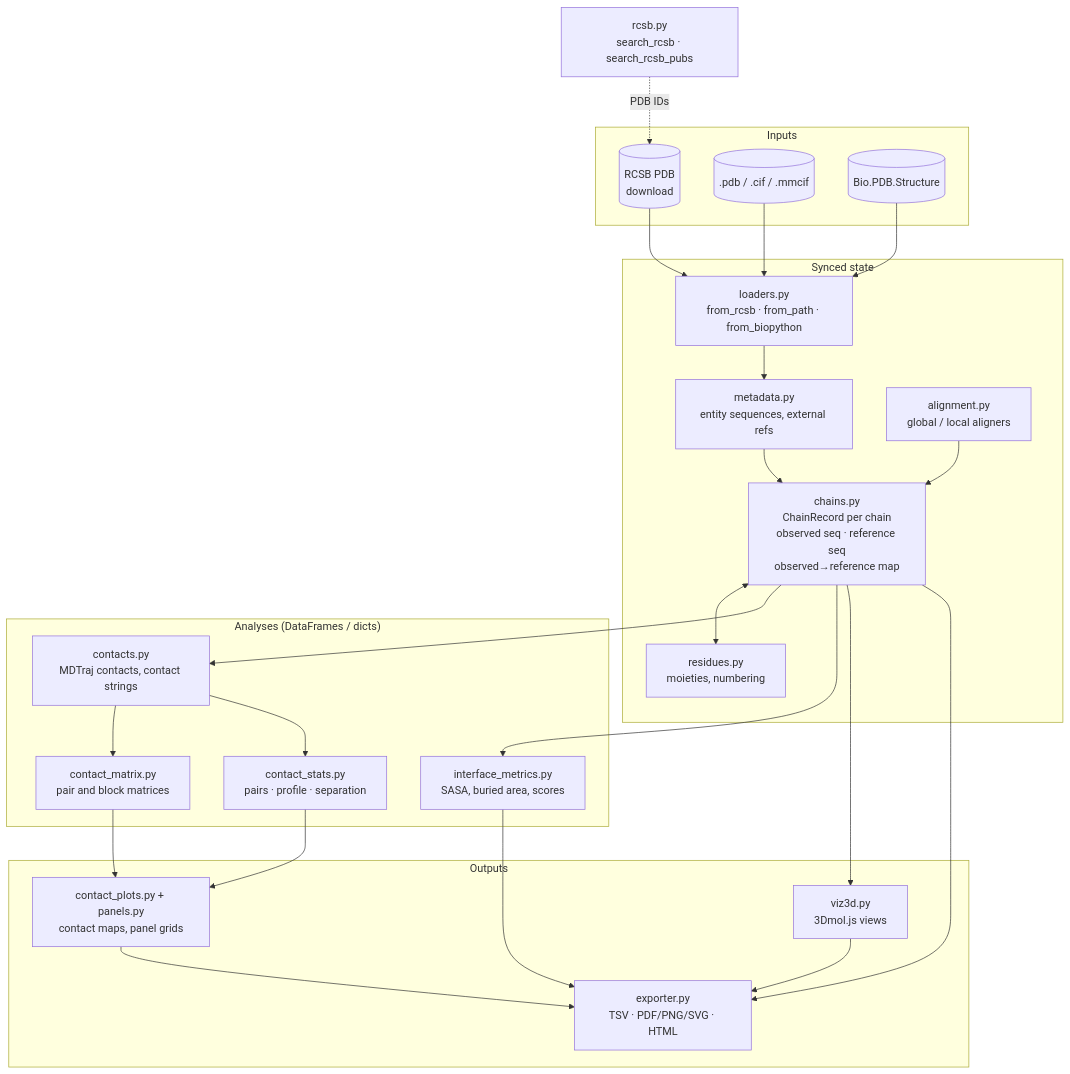
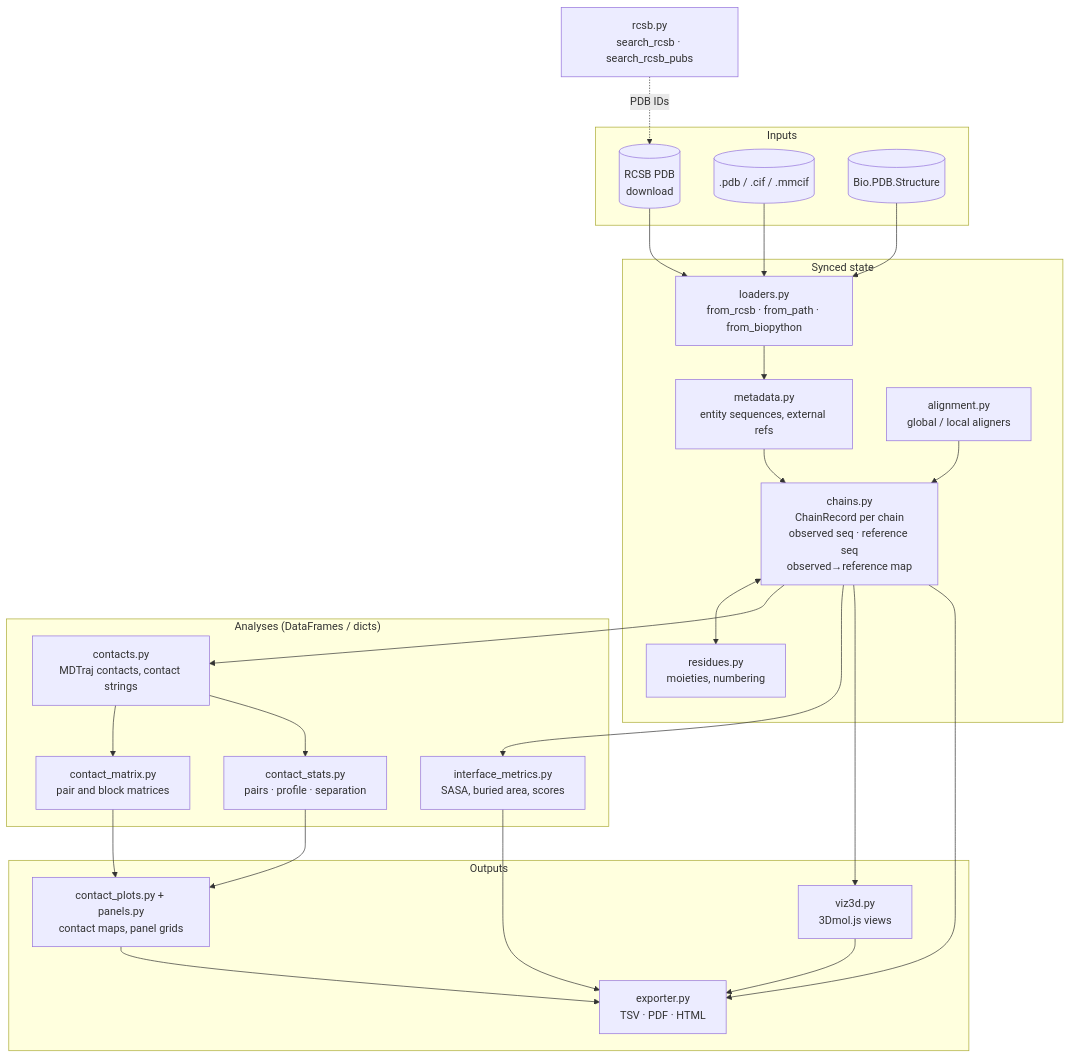
The diagram in README.md (ssenci97/bio-utils-2), drawn with Mermaid before and after one commit. The commit also changed other lines of this file and 8 other files, not shown here.

````diff
--- a/README.md
+++ b/README.md
@@ -32,49 +32,49 @@
 ```mermaid
 flowchart TB
     subgraph sources["Inputs"]
         RCSB[("RCSB PDB<br/>download")]
         FILE[(".pdb / .cif / .mmcif")]
         BIO[("Bio.PDB.Structure")]
     end
 
     subgraph core["Synced state"]
         LOAD["loaders.py<br/>from_rcsb · from_path · from_biopython"]
         META["metadata.py<br/>entity sequences, external refs"]
         CHAINS["chains.py<br/>ChainRecord per chain<br/>observed seq · reference seq<br/>observed→reference map"]
         ALN["alignment.py<br/>global / local aligners"]
         RES["residues.py<br/>moieties, numbering"]
     end
 
     subgraph analyses["Analyses (DataFrames / dicts)"]
         CON["contacts.py<br/>MDTraj contacts, contact strings"]
         MAT["contact_matrix.py<br/>pair and block matrices"]
         STATS["contact_stats.py<br/>pairs · profile · separation"]
         IFACE["interface_metrics.py<br/>SASA, buried area, scores"]
     end
 
     subgraph outputs["Outputs"]
         PLOTS["contact_plots.py + panels.py<br/>contact maps, panel grids"]
         VIZ["viz3d.py<br/>3Dmol.js views"]
-        EXP["exporter.py<br/>TSV · PDF/PNG/SVG · HTML"]
+        EXP["exporter.py<br/>TSV · PDF · HTML"]
     end
 
     SEARCH["rcsb.py<br/>search_rcsb · search_rcsb_pubs"]
 
     RCSB --> LOAD
     FILE --> LOAD
     BIO --> LOAD
     LOAD --> META --> CHAINS
     ALN --> CHAINS
     CHAINS <--> RES
     CHAINS --> CON --> MAT
     CON --> STATS
     CHAINS --> IFACE
     MAT --> PLOTS
     STATS --> PLOTS
     CHAINS --> VIZ
     CHAINS --> EXP
     IFACE --> EXP
     PLOTS --> EXP
     VIZ --> EXP
     SEARCH -. "PDB IDs" .-> RCSB
 ```
````
